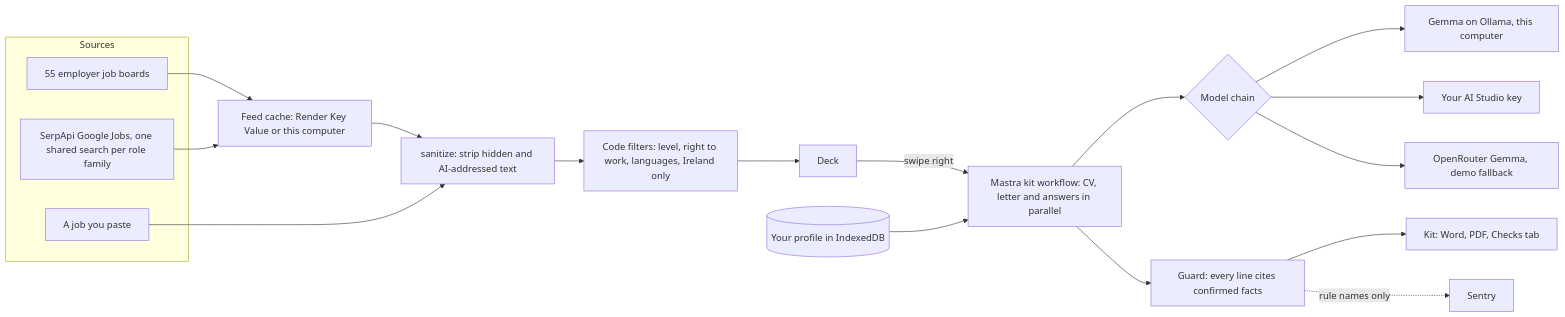
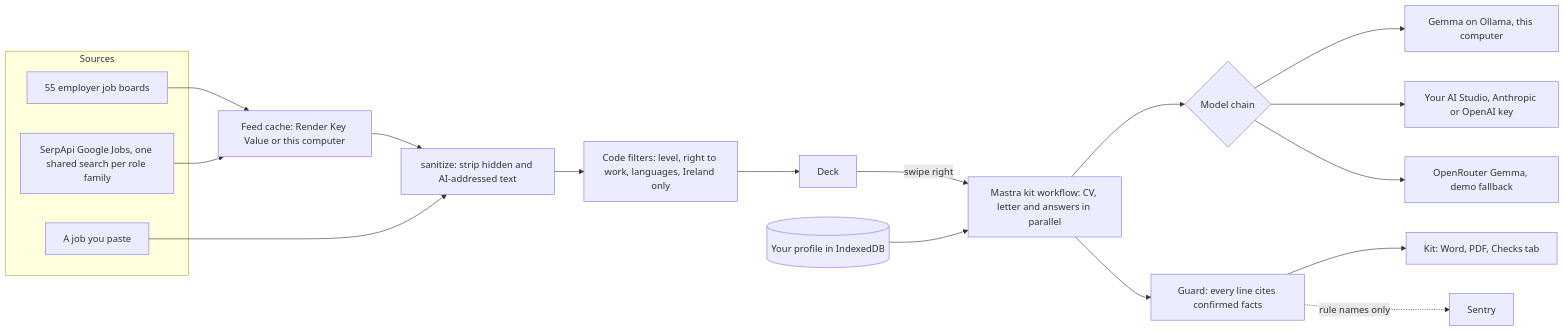
One commit to MuhammadMurtuzaHussain/deis changed the diagram in README.md. Above: the diagram before and after it, drawn with Mermaid. The commit also changed other lines of this file and 13 other files, not shown here.

First line of the commit message:
Bring your own Anthropic or OpenAI key, with an effort setting

````diff
--- a/README.md
+++ b/README.md
@@ -138,23 +138,23 @@
 ```mermaid
 flowchart LR
   subgraph Sources
     B[55 employer job boards]
     G[SerpApi Google Jobs, one shared search per role family]
     P[A job you paste]
   end
   B --> F[Feed cache: Render Key Value or this computer]
   G --> F
   F --> S[sanitize: strip hidden and AI-addressed text]
   P --> S
   S --> C[Code filters: level, right to work, languages, Ireland only]
   C --> D[Deck]
   D -->|swipe right| W[Mastra kit workflow: CV, letter and answers in parallel]
   W --> M{Model chain}
   M --> O[Gemma on Ollama, this computer]
-  M --> A[Your AI Studio key]
+  M --> A[Your AI Studio, Anthropic or OpenAI key]
   M --> R[OpenRouter Gemma, demo fallback]
   W --> GU[Guard: every line cites confirmed facts]
   GU --> K[Kit: Word, PDF, Checks tab]
   GU -. rule names only .-> SE[Sentry]
   PR[(Your profile in IndexedDB)] --> W
 ```
````
